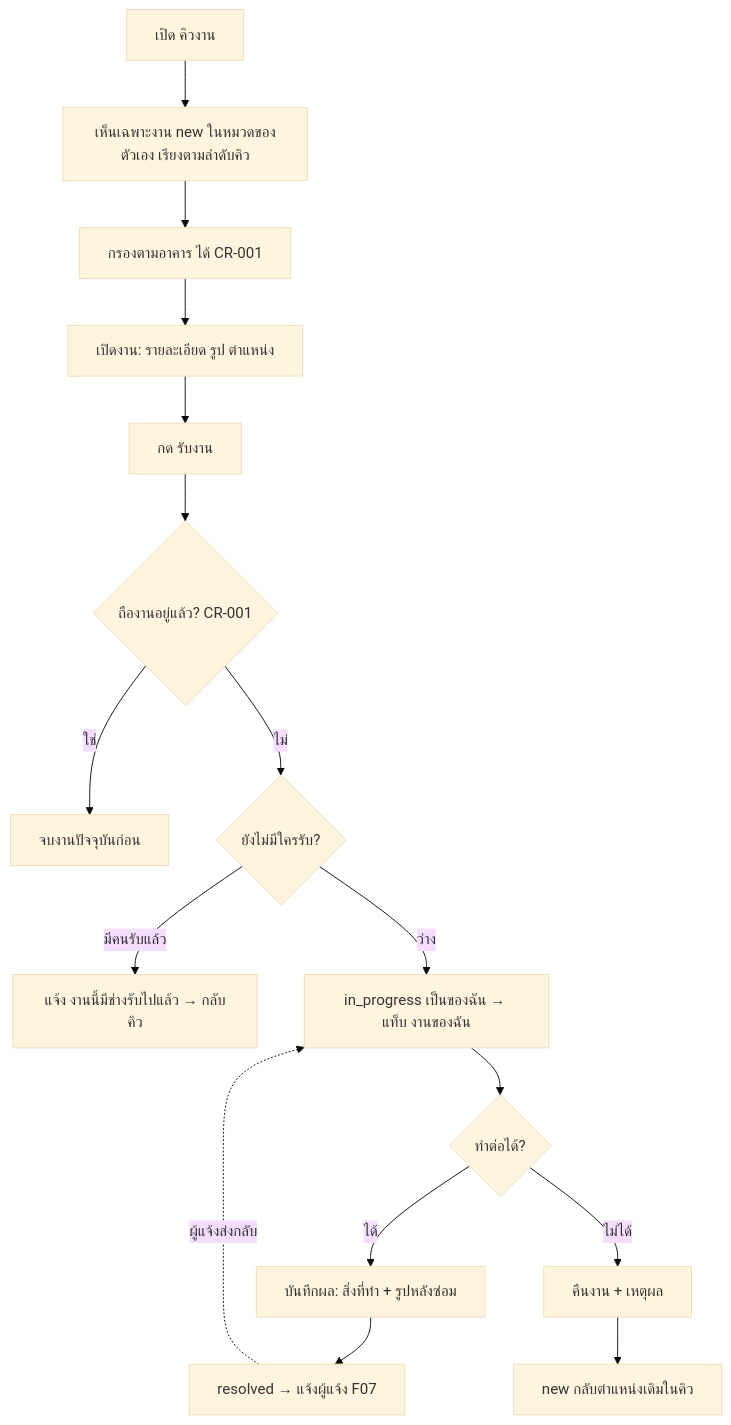
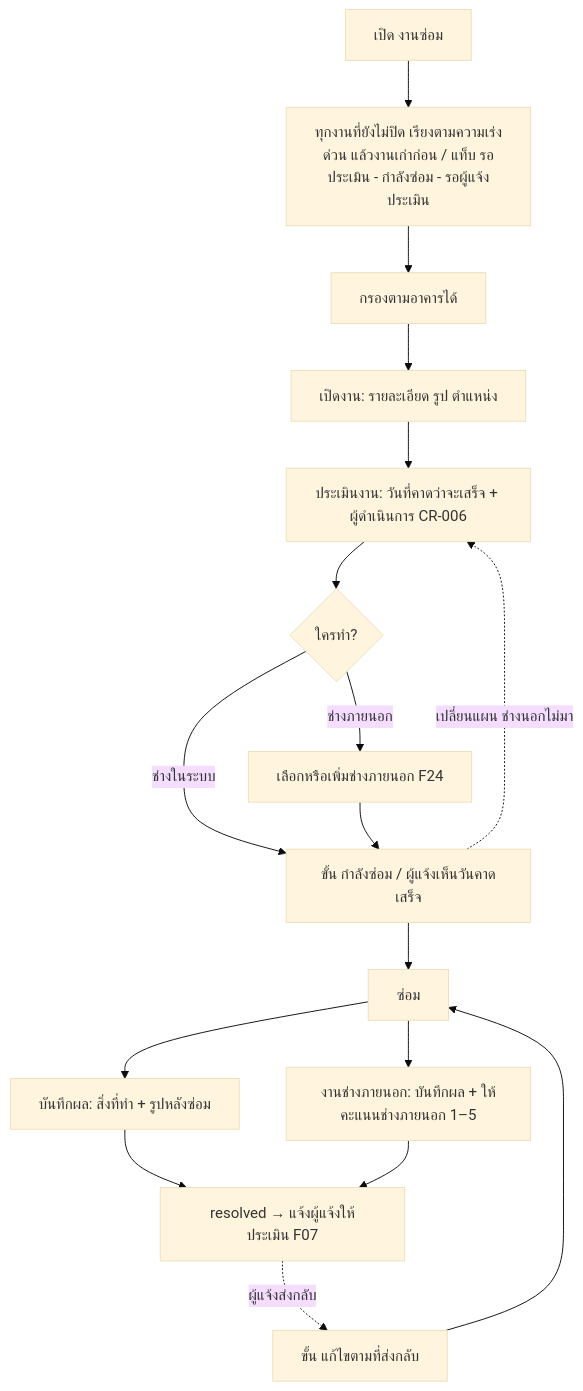
Diagram 11 of 13 in docs/modules/repair/02-flows.md (pithawat/BAMBAM), drawn with Mermaid (base theme) before and after one commit. The commit also changed other lines of this file and 160 other files, not shown here.

````diff
--- a/docs/modules/repair/02-flows.md
+++ b/docs/modules/repair/02-flows.md
@@ -323,14 +328,15 @@
 ```mermaid
 flowchart TD
-  A[เปิด คิวงาน] --> B[เห็นเฉพาะงาน new ในหมวดของตัวเอง เรียงตามลำดับคิว]
-  B --> BF[กรองตามอาคาร ได้ CR-001] --> C[เปิดงาน: รายละเอียด รูป ตำแหน่ง] --> D[กด รับงาน]
-  D --> H1{ถืองานอยู่แล้ว? CR-001}
-  H1 -- ใช่ --> X1[จบงานปัจจุบันก่อน]
-  H1 -- ไม่ --> E{ยังไม่มีใครรับ?}
-  E -- มีคนรับแล้ว --> X[แจ้ง งานนี้มีช่างรับไปแล้ว → กลับคิว]
-  E -- ว่าง --> F[in_progress เป็นของฉัน → แท็บ งานของฉัน]
-  F --> G{ทำต่อได้?}
-  G -- ได้ --> H[บันทึกผล: สิ่งที่ทำ + รูปหลังซ่อม] --> I[resolved → แจ้งผู้แจ้ง F07]
-  G -- ไม่ได้ --> J[คืนงาน + เหตุผล] --> K[new กลับตำแหน่งเดิมในคิว]
-  I -. ผู้แจ้งส่งกลับ .-> F
+  A[เปิด งานซ่อม] --> B[ทุกงานที่ยังไม่ปิด เรียงตามความเร่งด่วน แล้วงานเก่าก่อน / แท็บ รอประเมิน - กำลังซ่อม - รอผู้แจ้งประเมิน]
+  B --> BF[กรองตามอาคารได้] --> C[เปิดงาน: รายละเอียด รูป ตำแหน่ง]
+  C --> D[ประเมินงาน: วันที่คาดว่าจะเสร็จ + ผู้ดำเนินการ CR-006] --> F{ใครทำ?}
+  F -- ช่างในระบบ --> E[ขั้น กำลังซ่อม / ผู้แจ้งเห็นวันคาดเสร็จ]
+  F -- ช่างภายนอก --> H[เลือกหรือเพิ่มช่างภายนอก F24] --> E
+  E --> G[ซ่อม]
+  G --> R[บันทึกผล: สิ่งที่ทำ + รูปหลังซ่อม]
+  G --> R2[งานช่างภายนอก: บันทึกผล + ให้คะแนนช่างภายนอก 1–5]
+  R --> I[resolved → แจ้งผู้แจ้งให้ประเมิน F07]
+  R2 --> I
+  E -. เปลี่ยนแผน ช่างนอกไม่มา .-> D
+  I -. ผู้แจ้งส่งกลับ .-> J[ขั้น แก้ไขตามที่ส่งกลับ] --> G
 ```
````
